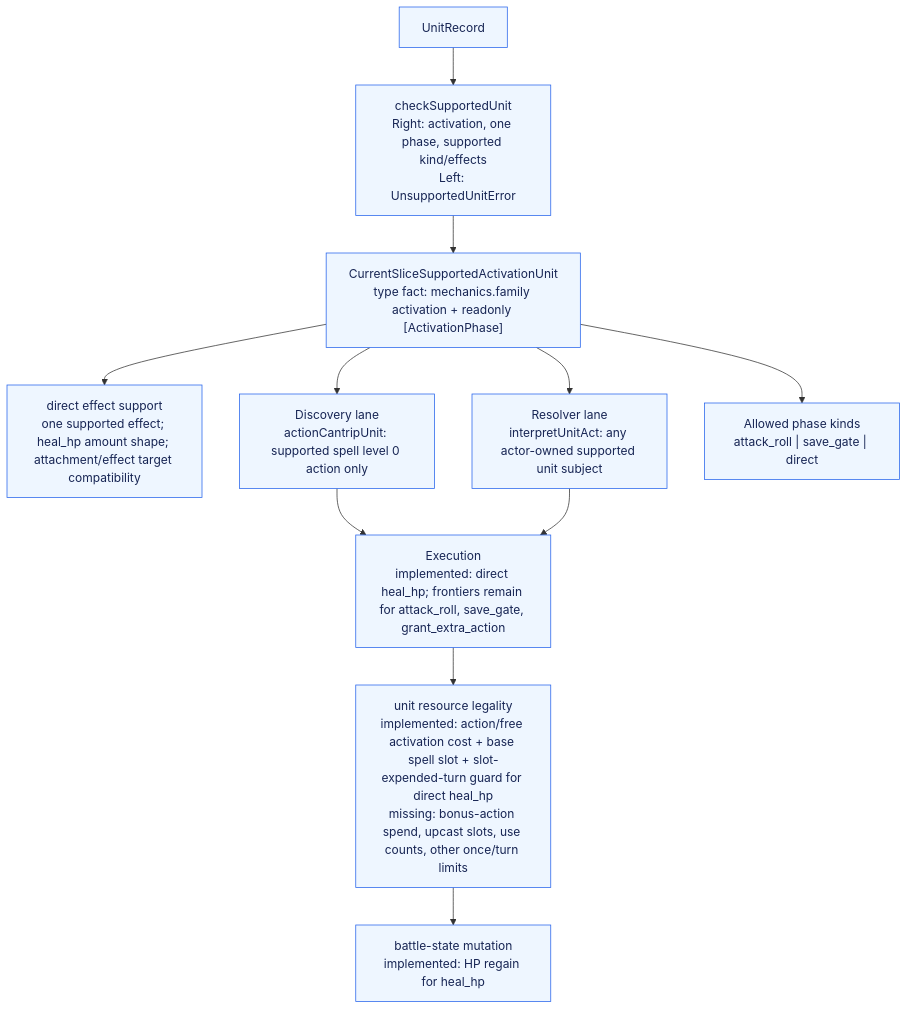
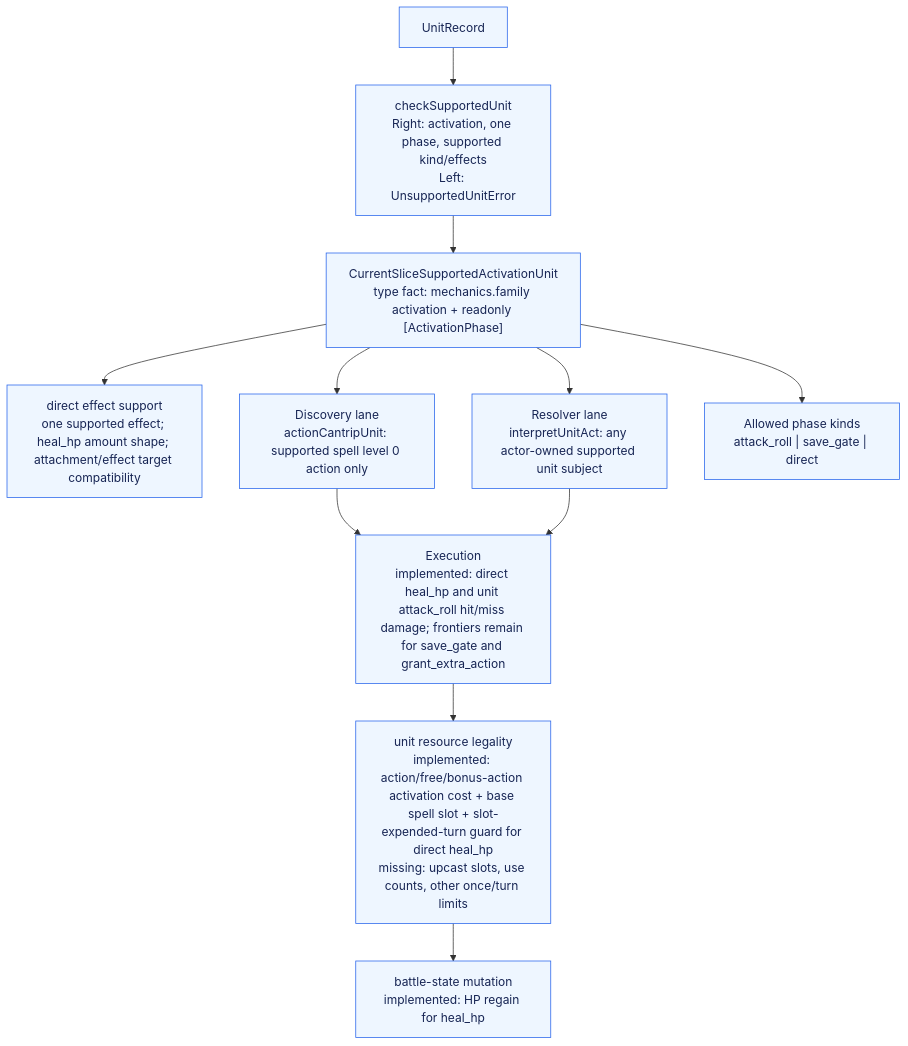
One commit to dearlordylord/5e-quint changed the sixth of 7 diagrams in packages/surface-runtime-correction/ARCHITECTURE_GRAPH.md. Above: the diagram before and after it, drawn with Mermaid. The commit also changed other lines of this file and 20 other files, not shown here.

````diff
--- a/packages/surface-runtime-correction/ARCHITECTURE_GRAPH.md
+++ b/packages/surface-runtime-correction/ARCHITECTURE_GRAPH.md
@@ -240,25 +260,25 @@
 ```mermaid
 flowchart TD
   UnitRecord["UnitRecord"]
   Support["checkSupportedUnit<br/>Right: activation, one phase, supported kind/effects<br/>Left: UnsupportedUnitError"]
   Supported["CurrentSliceSupportedActivationUnit<br/>type fact: mechanics.family activation + readonly [ActivationPhase]"]
   DirectSupport["direct effect support<br/>one supported effect; heal_hp amount shape; attachment/effect target compatibility"]
   DiscoveryLane["Discovery lane<br/>actionCantripUnit: supported spell level 0 action only"]
   ResolverLane["Resolver lane<br/>interpretUnitAct: any actor-owned supported unit subject"]
   PhaseKinds["Allowed phase kinds<br/>attack_roll | save_gate | direct"]
-  Execution["Execution<br/>implemented: direct heal_hp; frontiers remain for attack_roll, save_gate, grant_extra_action"]
-  ResourceLegality["unit resource legality<br/>implemented: action/free activation cost + base spell slot + slot-expended-turn guard for direct heal_hp<br/>missing: bonus-action spend, upcast slots, use counts, other once/turn limits"]
+  Execution["Execution<br/>implemented: direct heal_hp and unit attack_roll hit/miss damage; frontiers remain for save_gate and grant_extra_action"]
+  ResourceLegality["unit resource legality<br/>implemented: action/free/bonus-action activation cost + base spell slot + slot-expended-turn guard for direct heal_hp<br/>missing: upcast slots, use counts, other once/turn limits"]
   StateMutation["battle-state mutation<br/>implemented: HP regain for heal_hp"]
 
   UnitRecord --> Support --> Supported
   Supported --> PhaseKinds
   Supported --> DirectSupport
   Supported --> DiscoveryLane
   Supported --> ResolverLane
   DiscoveryLane --> Execution --> ResourceLegality --> StateMutation
   ResolverLane --> Execution
 
   classDef missing fill:#fff1f0,stroke:#c2410c,stroke-width:2px,stroke-dasharray: 6 4,color:#7c2d12;
   classDef implemented fill:#eef6ff,stroke:#2563eb,color:#172554;
   class UnitRecord,Support,Supported,DirectSupport,DiscoveryLane,ResolverLane,PhaseKinds,Execution,ResourceLegality,StateMutation implemented;
 ```
````
